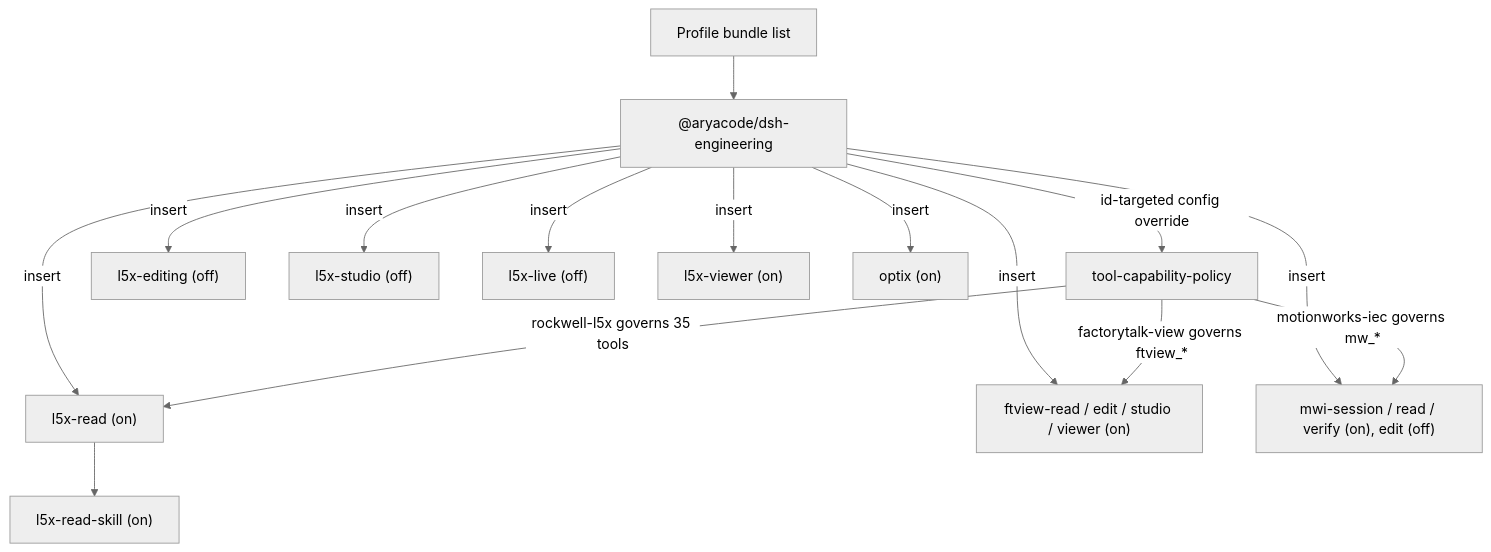
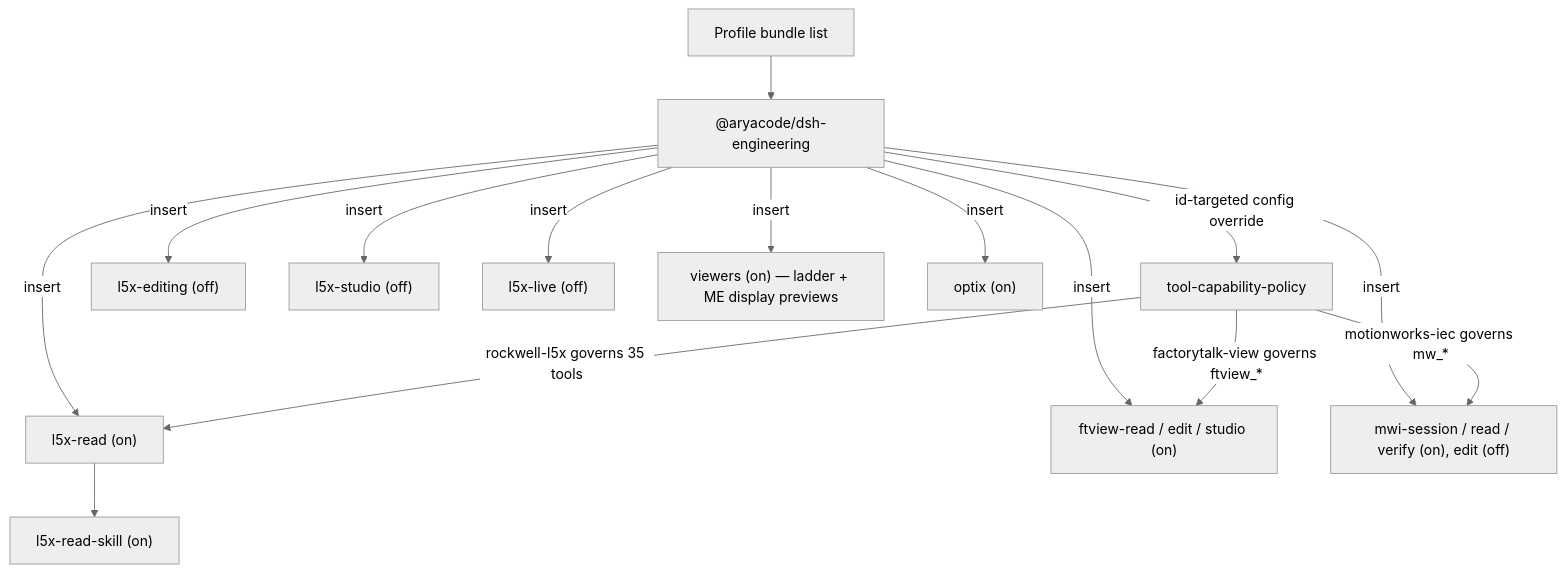
Before and after one commit to KonnectSuite/dsh-engineering: the diagram in README.md, drawn with Mermaid (neutral theme). The commit also changed other lines of this file and 15 other files, not shown here.

First line of the commit message:
feat: fold both previews into the bundle's own client face

````diff
--- a/README.md
+++ b/README.md
@@ -133,17 +135,17 @@
 ```mermaid
 flowchart TB
   Profile["Profile bundle list"] --> Bundle["@aryacode/dsh-engineering"]
   Bundle -->|"id-targeted config override"| Policy["tool-capability-policy"]
   Bundle -->|insert| L5XRead["l5x-read (on)"]
   L5XRead --> L5XSkill["l5x-read-skill (on)"]
   Bundle -->|insert| L5XEdit["l5x-editing (off)"]
   Bundle -->|insert| L5XStudio["l5x-studio (off)"]
   Bundle -->|insert| L5XLive["l5x-live (off)"]
-  Bundle -->|insert| L5XViewer["l5x-viewer (on)"]
-  Bundle -->|insert| FTV["ftview-read / edit / studio / viewer (on)"]
+  Bundle -->|insert| Viewers["viewers (on) — ladder + ME display previews"]
+  Bundle -->|insert| FTV["ftview-read / edit / studio (on)"]
   Bundle -->|insert| MWI["mwi-session / read / verify (on), edit (off)"]
   Bundle -->|insert| Optix["optix (on)"]
   Policy -->|"rockwell-l5x governs 35 tools"| L5XRead
   Policy -->|"factorytalk-view governs ftview_*"| FTV
   Policy -->|"motionworks-iec governs mw_*"| MWI
 ```
````
